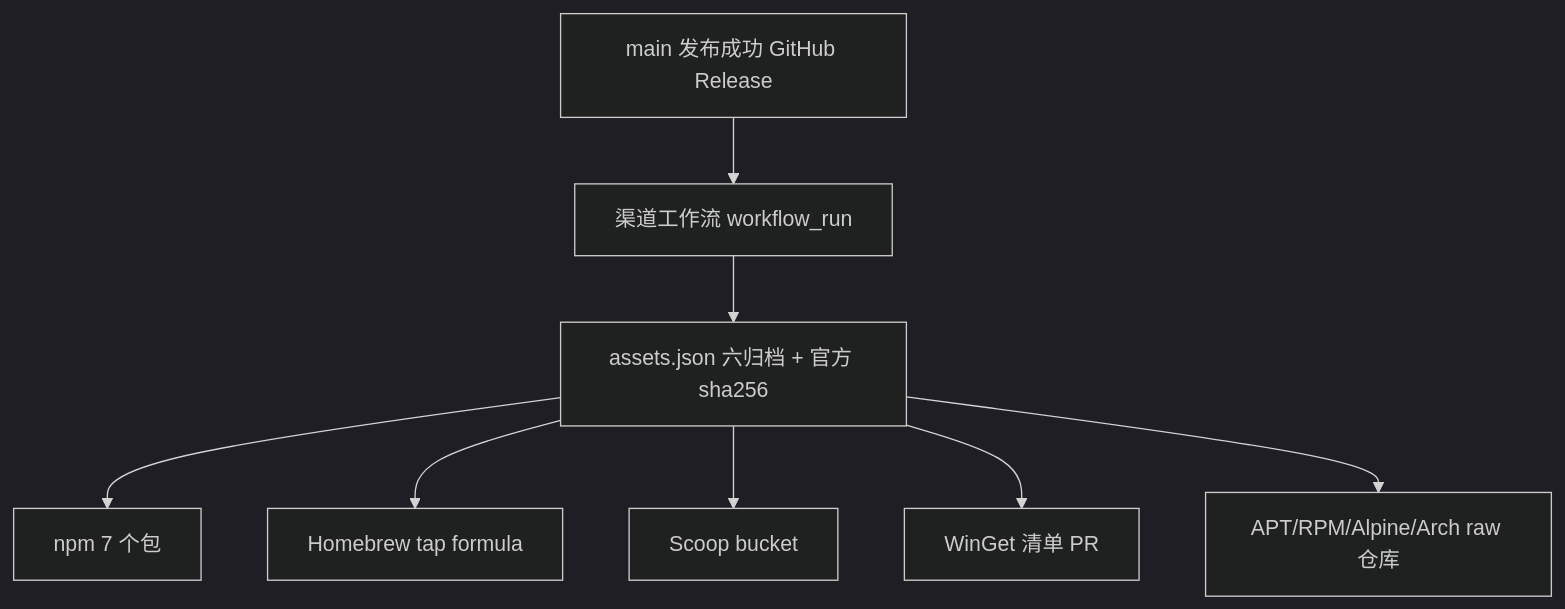
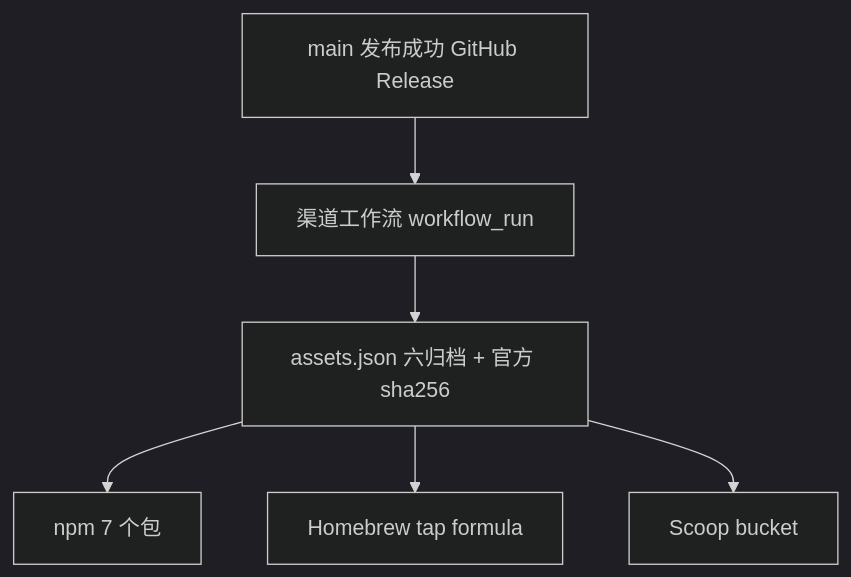
Before and after one commit to zerobiubiu/kenvoy: the diagram in docs/operations/distribution-channels.md, drawn with Mermaid (dark theme). The commit also changed other lines of this file and 29 other files, not shown here.

Commit message:
移除 Linux 软件源与 WinGet 发布并准备 CLI 0.4.2

````diff
--- a/docs/operations/distribution-channels.md
+++ b/docs/operations/distribution-channels.md
@@ -7,10 +7,8 @@
 ```mermaid
 flowchart TD
   A[main 发布成功 GitHub Release] --> B[渠道工作流 workflow_run]
   B --> C[assets.json 六归档 + 官方 sha256]
   C --> D[npm 7 个包]
   C --> E[Homebrew tap formula]
   C --> F[Scoop bucket]
-  C --> G[WinGet 清单 PR]
-  C --> J[APT/RPM/Alpine/Arch raw 仓库]
 ```
````
